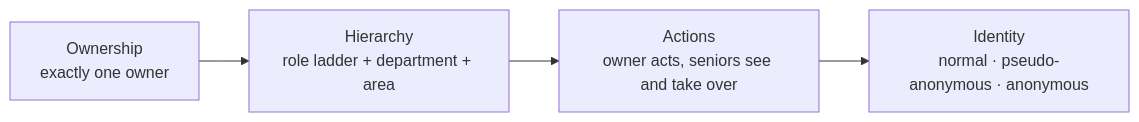
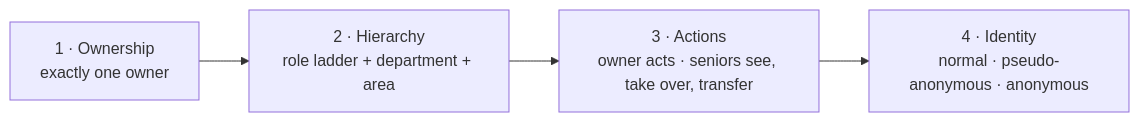
The first of 5 diagrams in docs/design/complaint-escalation-and-access.md (egovernments/Citizen-Complaint-Resolution-System), drawn with Mermaid before and after one commit. The commit also changed other lines of this file, not shown here.

````diff
--- a/docs/design/complaint-escalation-and-access.md
+++ b/docs/design/complaint-escalation-and-access.md
@@ -44,6 +34,6 @@
 ```mermaid
 flowchart LR
-  O["Ownership<br/>exactly one owner"] --> H["Hierarchy<br/>role ladder + department + area"]
-  H --> A["Actions<br/>owner acts, seniors see and take over"]
-  A --> I["Identity<br/>normal · pseudo-anonymous · anonymous"]
+  O["1 · Ownership<br/>exactly one owner"] --> H["2 · Hierarchy<br/>role ladder + department + area"]
+  H --> A["3 · Actions<br/>owner acts · seniors see, take over, transfer"]
+  A --> I["4 · Identity<br/>normal · pseudo-anonymous · anonymous"]
 ```
````
